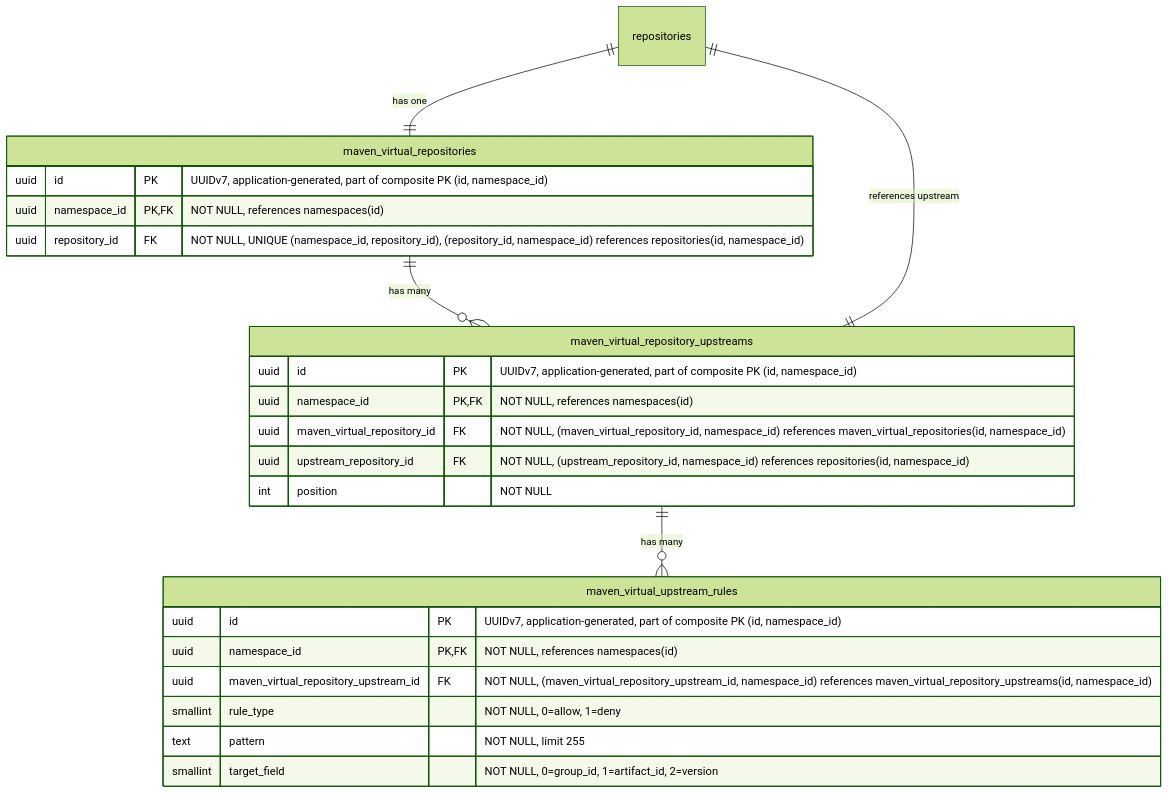
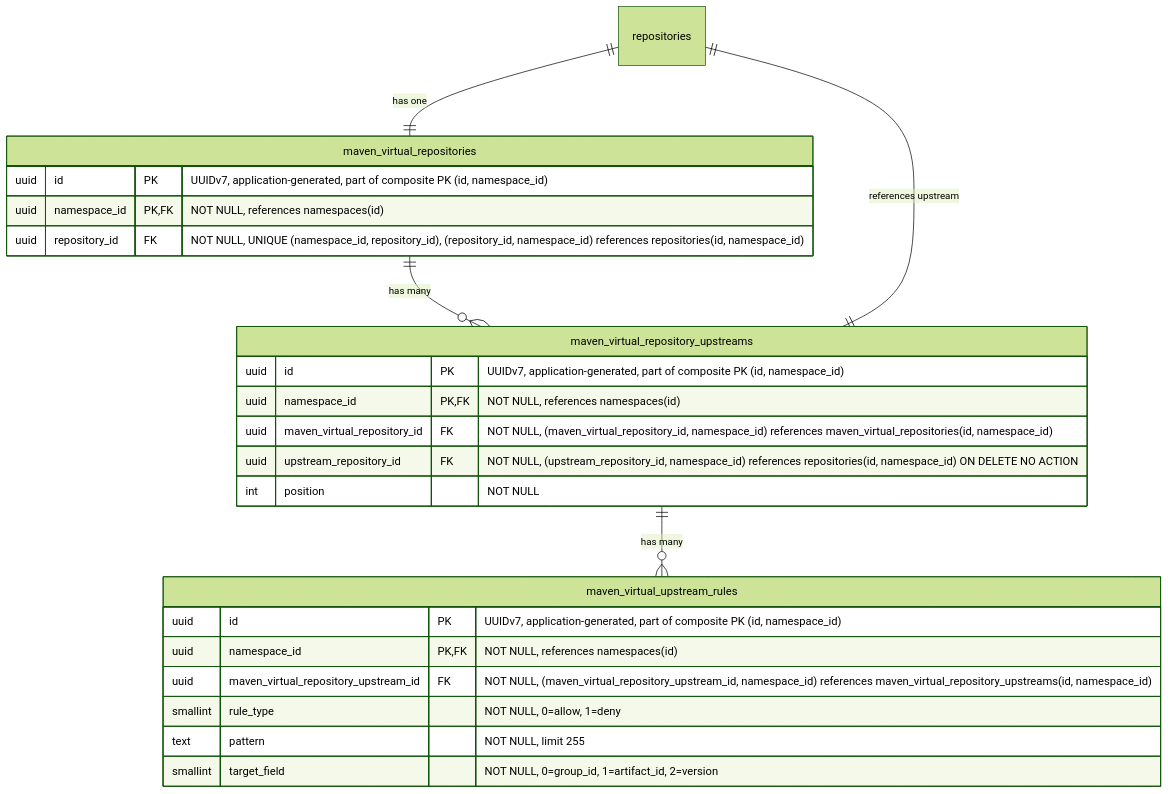
Diagram 12 of 19 in content/handbook/engineering/architecture/design-documents/artifact_registry/decisions/007_database_schema.md (kyama0/gitlab-handbook-ja), drawn with Mermaid (forest theme) before and after one commit. The commit also changed other lines of this file and 90 other files, not shown here.

````diff
--- a/content/handbook/engineering/architecture/design-documents/artifact_registry/decisions/007_database_schema.md
+++ b/content/handbook/engineering/architecture/design-documents/artifact_registry/decisions/007_database_schema.md
@@ -1035,30 +1057,30 @@
 ```mermaid
 erDiagram
     repositories ||--|| maven_virtual_repositories : "has one"
     maven_virtual_repositories ||--o{ maven_virtual_repository_upstreams : "has many"
     maven_virtual_repository_upstreams ||--|| repositories : "references upstream"
     maven_virtual_repository_upstreams ||--o{ maven_virtual_upstream_rules : "has many"
 
     maven_virtual_repositories {
         uuid id PK "UUIDv7, application-generated, part of composite PK (id, namespace_id)"
         uuid namespace_id PK,FK "NOT NULL, references namespaces(id)"
         uuid repository_id FK "NOT NULL, UNIQUE (namespace_id, repository_id), (repository_id, namespace_id) references repositories(id, namespace_id)"
     }
 
     maven_virtual_repository_upstreams {
         uuid id PK "UUIDv7, application-generated, part of composite PK (id, namespace_id)"
         uuid namespace_id PK,FK "NOT NULL, references namespaces(id)"
         uuid maven_virtual_repository_id FK "NOT NULL, (maven_virtual_repository_id, namespace_id) references maven_virtual_repositories(id, namespace_id)"
-        uuid upstream_repository_id FK "NOT NULL, (upstream_repository_id, namespace_id) references repositories(id, namespace_id)"
+        uuid upstream_repository_id FK "NOT NULL, (upstream_repository_id, namespace_id) references repositories(id, namespace_id) ON DELETE NO ACTION"
         int position "NOT NULL"
     }
 
     maven_virtual_upstream_rules {
         uuid id PK "UUIDv7, application-generated, part of composite PK (id, namespace_id)"
         uuid namespace_id PK,FK "NOT NULL, references namespaces(id)"
         uuid maven_virtual_repository_upstream_id FK "NOT NULL, (maven_virtual_repository_upstream_id, namespace_id) references maven_virtual_repository_upstreams(id, namespace_id)"
         smallint rule_type "NOT NULL, 0=allow, 1=deny"
         text pattern "NOT NULL, limit 255"
         smallint target_field "NOT NULL, 0=group_id, 1=artifact_id, 2=version"
     }
 ```
````
